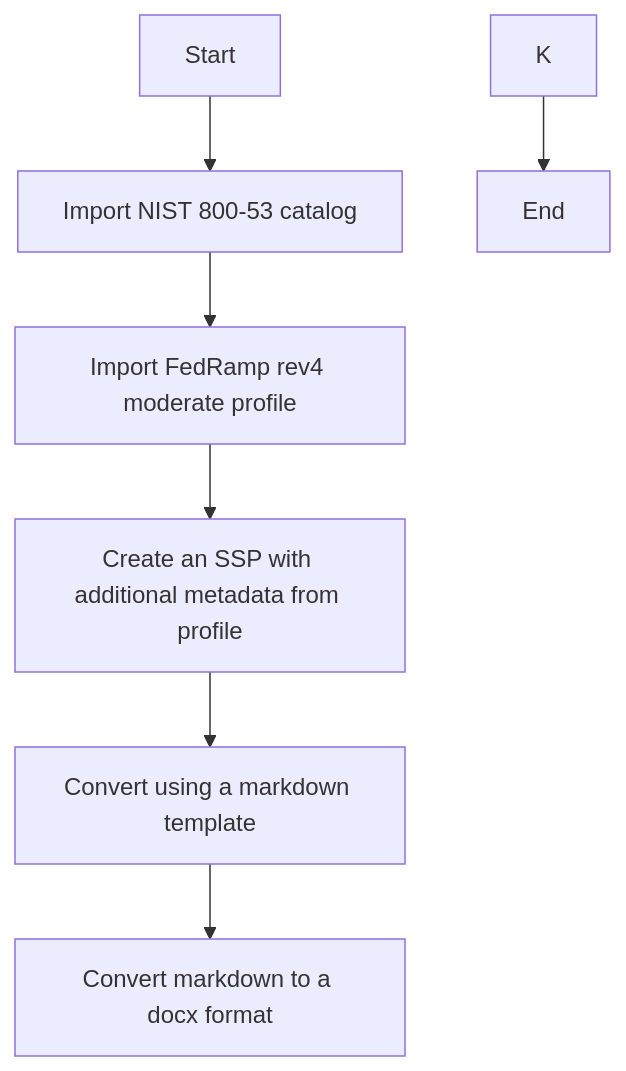
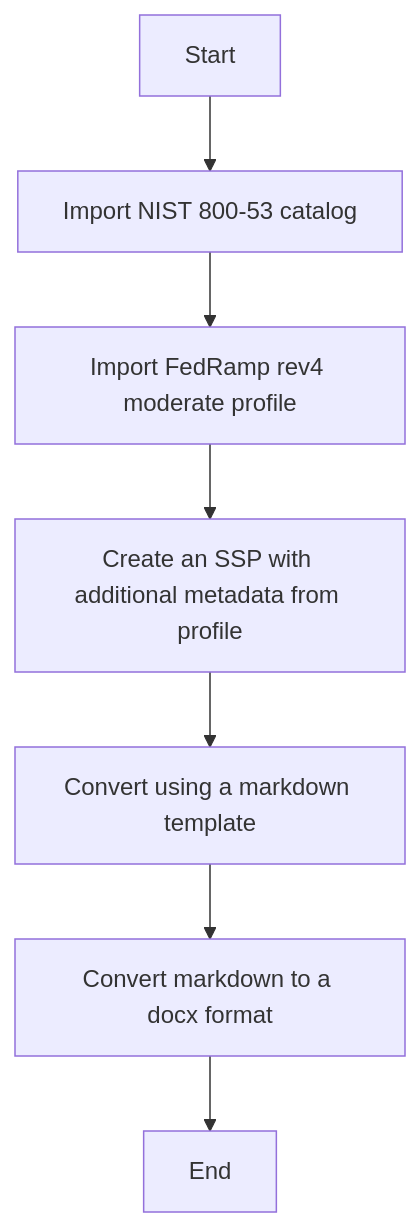
The second of 2 diagrams in README.md (RedHatProductSecurity/trestle-demo), drawn with Mermaid before and after one commit. The commit also changed other lines of this file, not shown here.

````diff
--- a/README.md
+++ b/README.md
@@ -56,9 +60,9 @@
 ```mermaid
 graph TD;
   A[Start] --> B[Import NIST 800-53 catalog]
   B --> C[Import FedRamp rev4 moderate profile]
   C --> D[Create an SSP with additional metadata from profile]
   D --> E[Convert using a markdown template]
   E --> F[Convert markdown to a docx format]
-  K --> L[End]
+  F --> G[End]
 ```
````
